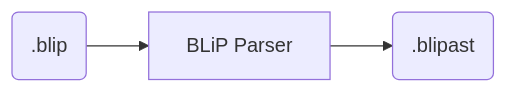
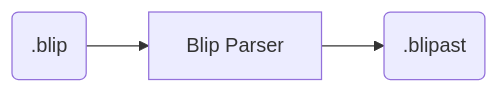
The first of 3 diagrams in README.md (psysrc/blip), drawn with Mermaid before and after one commit. The commit also changed other lines of this file, not shown here.

````diff
--- a/README.md
+++ b/README.md
@@ -11,9 +11,9 @@
 ```mermaid
 flowchart LR
     blip(.blip)
     blipast(.blipast)
-    parser[BLiP Parser]
+    parser[Blip Parser]
 
     blip --> parser
     parser --> blipast
 ```
````
